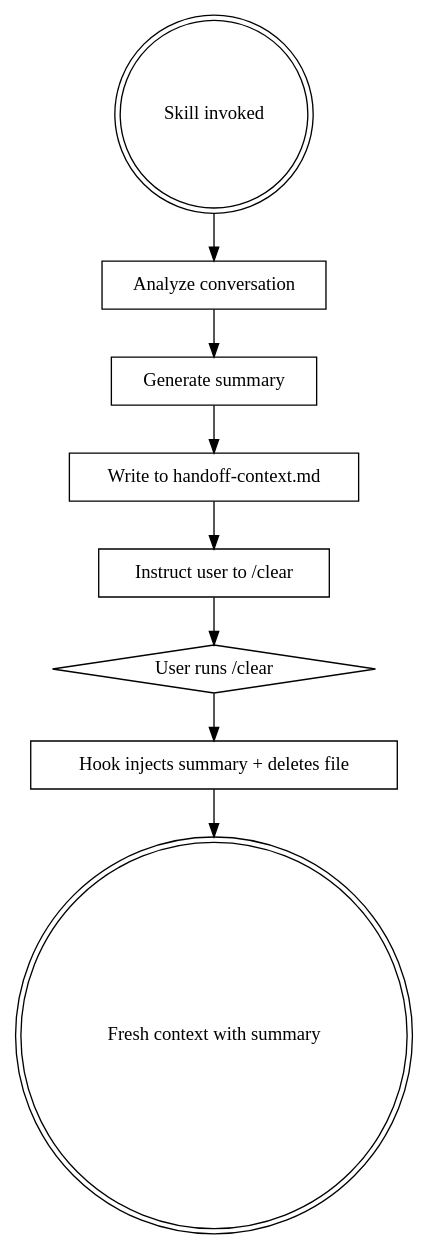
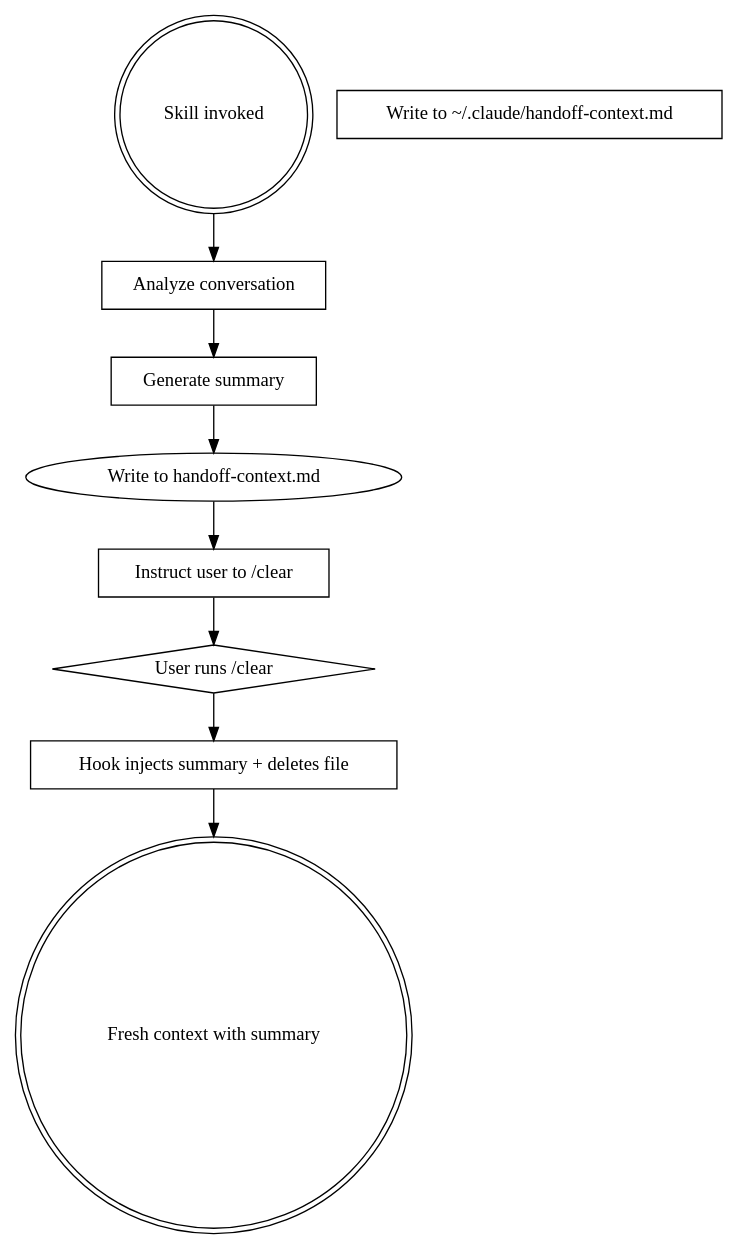
Before and after one commit to stefanoshea/claude-handoff-plugin: the diagram in skills/handoff/SKILL.md, drawn with Graphviz. The commit also changed 3 other files, not shown here.

````diff
--- a/skills/handoff/SKILL.md
+++ b/skills/handoff/SKILL.md
@@ -14,20 +14,20 @@
 ```dot
 digraph handoff {
     "Skill invoked" [shape=doublecircle];
     "Analyze conversation" [shape=box];
     "Generate summary" [shape=box];
-    "Write to handoff-context.md" [shape=box];
+    "Write to ~/.claude/handoff-context.md" [shape=box];
     "Instruct user to /clear" [shape=box];
     "User runs /clear" [shape=diamond];
     "Hook injects summary + deletes file" [shape=box];
     "Fresh context with summary" [shape=doublecircle];
 
     "Skill invoked" -> "Analyze conversation";
     "Analyze conversation" -> "Generate summary";
     "Generate summary" -> "Write to handoff-context.md";
     "Write to handoff-context.md" -> "Instruct user to /clear";
     "Instruct user to /clear" -> "User runs /clear";
     "User runs /clear" -> "Hook injects summary + deletes file";
     "Hook injects summary + deletes file" -> "Fresh context with summary";
 }
 ```
````
